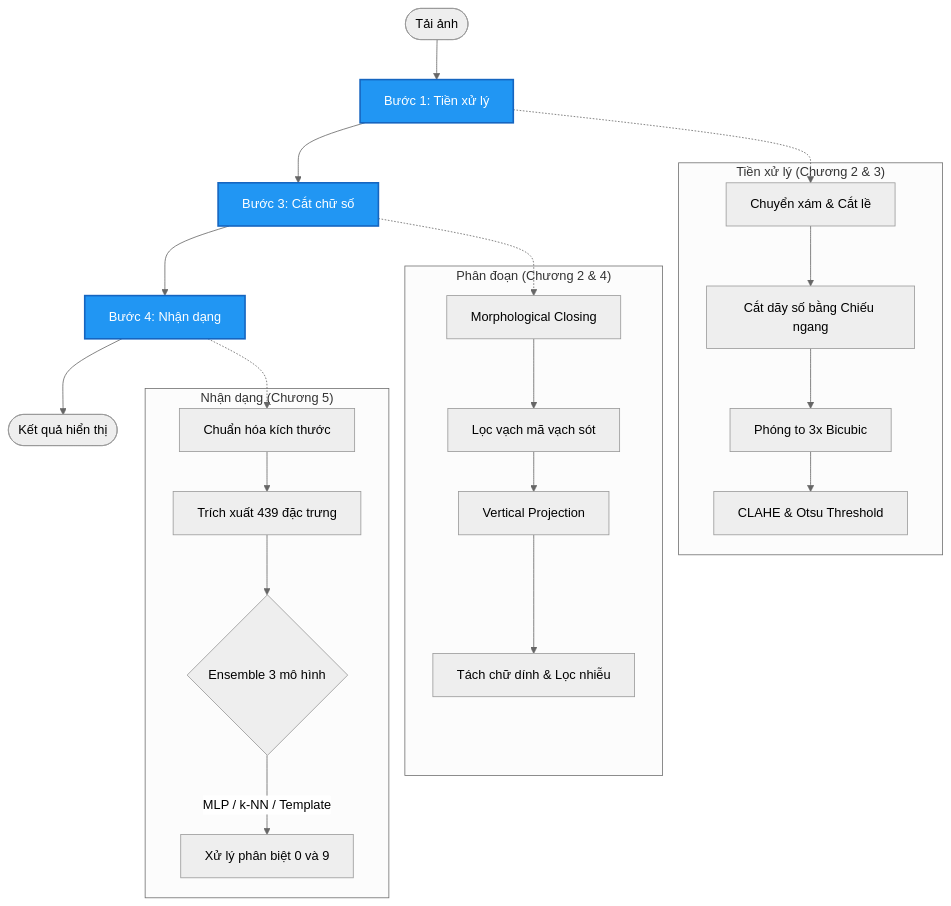
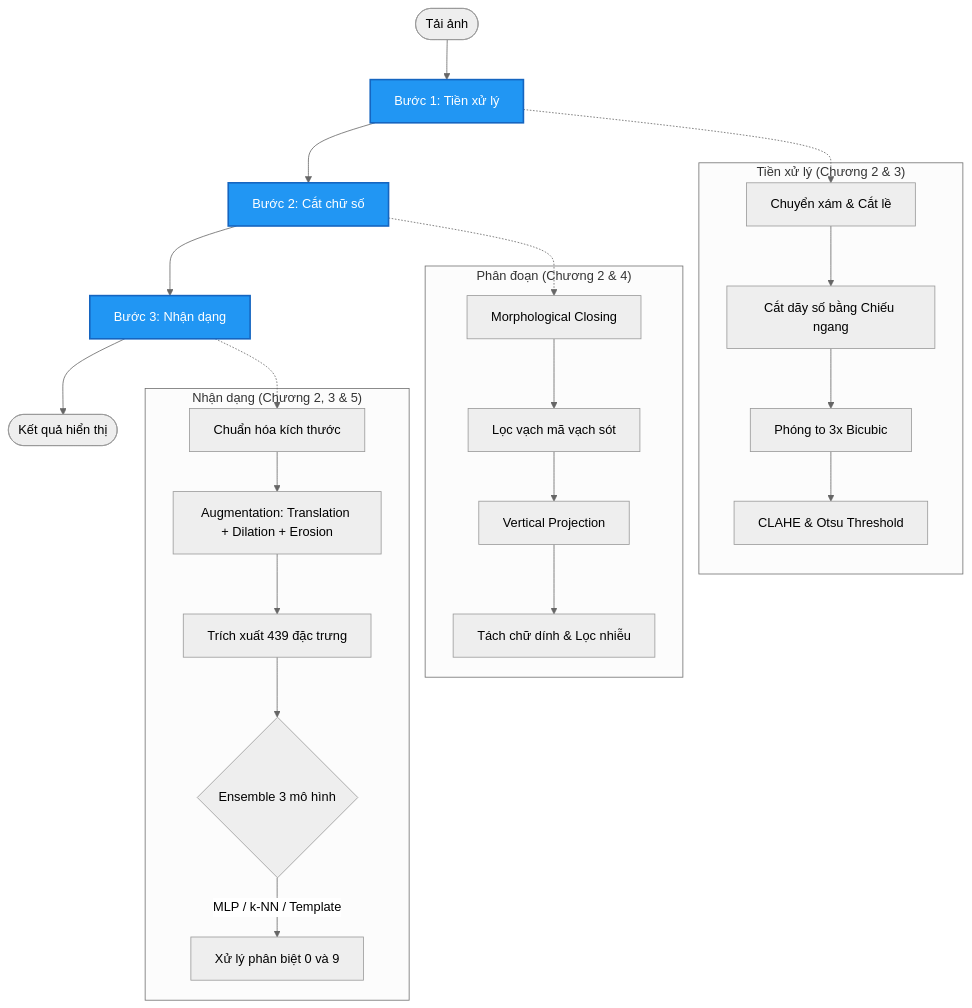
One commit to nguyennhathao-so/xu-ly-anh changed the diagram in README.md. Above: the diagram before and after it, drawn with Mermaid (neutral theme). The commit also changed other lines of this file, not shown here.

````diff
--- a/README.md
+++ b/README.md
@@ -69,31 +68,32 @@
 ```mermaid
 graph TD
     A([Tải ảnh]) --> B[Bước 1: Tiền xử lý]
-    B --> C[Bước 3: Cắt chữ số]
-    C --> D[Bước 4: Nhận dạng]
+    B --> C[Bước 2: Cắt chữ số]
+    C --> D[Bước 3: Nhận dạng]
     D --> E([Kết quả hiển thị])
 
     subgraph "Tiền xử lý (Chương 2 & 3)"
         B1[Chuyển xám & Cắt lề] --> B2[Cắt dãy số bằng Chiếu ngang]
         B2 --> B3[Phóng to 3x Bicubic]
         B3 --> B4[CLAHE & Otsu Threshold]
     end
     B -.-> B1
 
     subgraph "Phân đoạn (Chương 2 & 4)"
         C1[Morphological Closing] --> C2[Lọc vạch mã vạch sót]
         C2 --> C3[Vertical Projection]
         C3 --> C4[Tách chữ dính & Lọc nhiễu]
     end
     C -.-> C1
 
-    subgraph "Nhận dạng (Chương 5)"
-        D1[Chuẩn hóa kích thước] --> D2[Trích xuất 439 đặc trưng]
-        D2 --> D3{Ensemble 3 mô hình}
-        D3 -->|MLP / k-NN / Template| D4[Xử lý phân biệt 0 và 9]
+    subgraph "Nhận dạng (Chương 2, 3 & 5)"
+        D1[Chuẩn hóa kích thước] --> D2[Augmentation: Translation + Dilation + Erosion]
+        D2 --> D3[Trích xuất 439 đặc trưng]
+        D3 --> D4{Ensemble 3 mô hình}
+        D4 -->|MLP / k-NN / Template| D5[Xử lý phân biệt 0 và 9]
     end
     D -.-> D1
     
     classDef step fill:#2196F3,stroke:#1565C0,stroke-width:2px,color:#fff;
     class B,C,D step;
 ```
````
